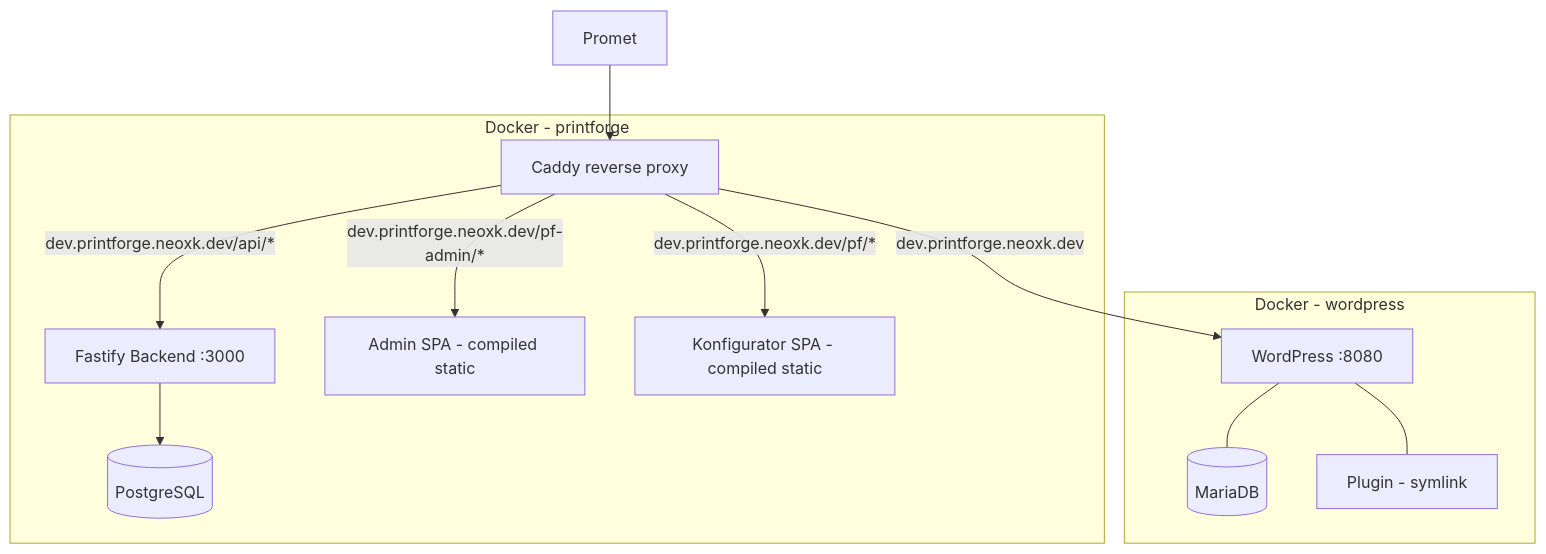
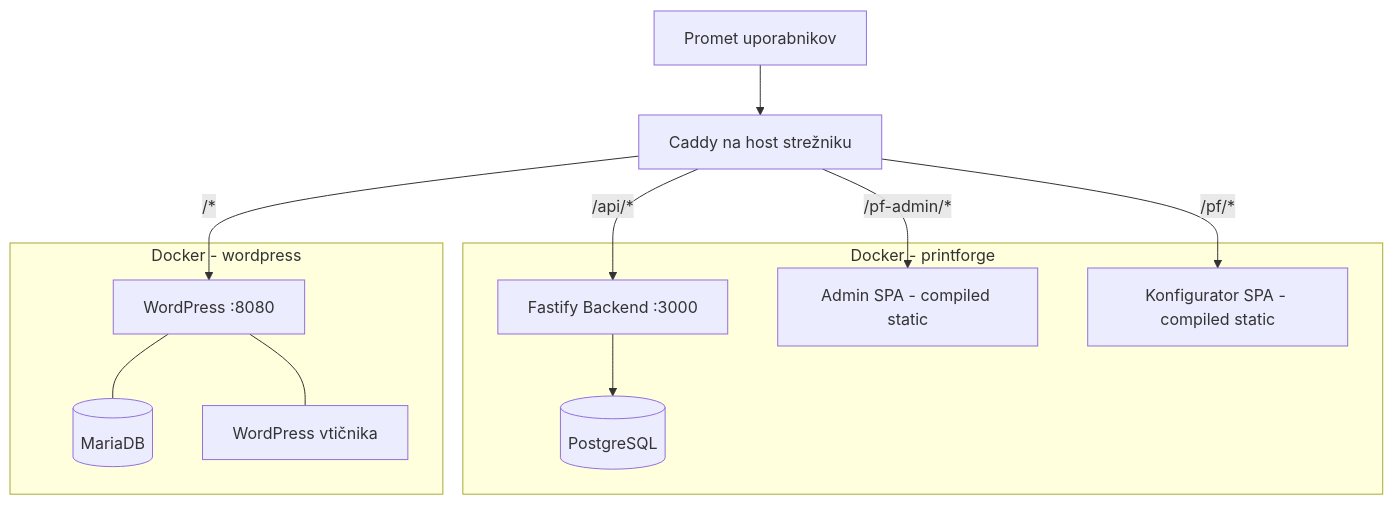
Before and after one commit to neoxk/printforge: the ninth of 20 diagrams in README.md, drawn with Mermaid. The commit also changed other lines of this file and 6 other files, not shown here.

````diff
--- a/README.md
+++ b/README.md
@@ -344,17 +385,22 @@
 ```mermaid
 graph TD
-    Traffic[Promet] --> Caddy[Caddy reverse proxy]
+    Traffic[Promet uporabnikov] --> Caddy[Caddy na host strežniku]
 
     subgraph Docker - printforge
-        Caddy -->|dev.printforge.neoxk.dev/api/*| Backend[Fastify Backend :3000]
-        Caddy -->|dev.printforge.neoxk.dev/pf-admin/*| Admin[Admin SPA - compiled static]
-        Caddy -->|dev.printforge.neoxk.dev/pf/*| Configurator[Konfigurator SPA - compiled static]
+        Backend[Fastify Backend :3000]
+        Admin[Admin SPA - compiled static]
+        Configurator[Konfigurator SPA - compiled static]
         Backend --> PostgreSQL[(PostgreSQL)]
     end
 
     subgraph Docker - wordpress
-        Caddy -->|dev.printforge.neoxk.dev| WordPress[WordPress :8080]
+        WordPress[WordPress :8080]
         WordPress --- MariaDB[(MariaDB)]
-        WordPress --- Plugin[Plugin - symlink]
+        WordPress --- Plugin[WordPress vtičnika]
     end
+
+    Caddy -->|/api/*| Backend
+    Caddy -->|/pf-admin/*| Admin
+    Caddy -->|/pf/*| Configurator
+    Caddy -->|/*| WordPress
 ```
````
